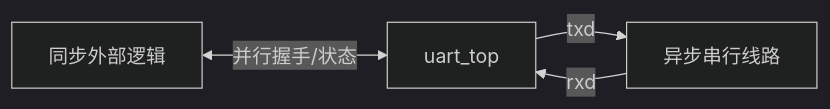
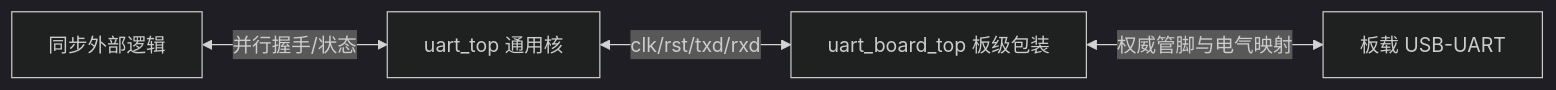
One commit to whosl/Synthia changed the diagram in golden/uart/docs/02-可编程逻辑器件软件需求规格说明.md. Above: the diagram before and after it, drawn with Mermaid (dark theme). The commit also changed other lines of this file and 93 other files, not shown here.

````diff
--- a/golden/uart/docs/02-可编程逻辑器件软件需求规格说明.md
+++ b/golden/uart/docs/02-可编程逻辑器件软件需求规格说明.md
@@ -99,6 +100,6 @@
 ```mermaid
 flowchart LR
-  HOST[同步外部逻辑] <-->|并行握手/状态| UART[uart_top]
-  UART -->|txd| SERIAL[异步串行线路]
-  SERIAL -->|rxd| UART
+  HOST[同步外部逻辑] <-->|并行握手/状态| UART[uart_top 通用核]
+  UART <-->|clk/rst/txd/rxd| WRAP[uart_board_top 板级包装]
+  WRAP <-->|权威管脚与电气映射| SERIAL[板载 USB-UART]
 ```
````
